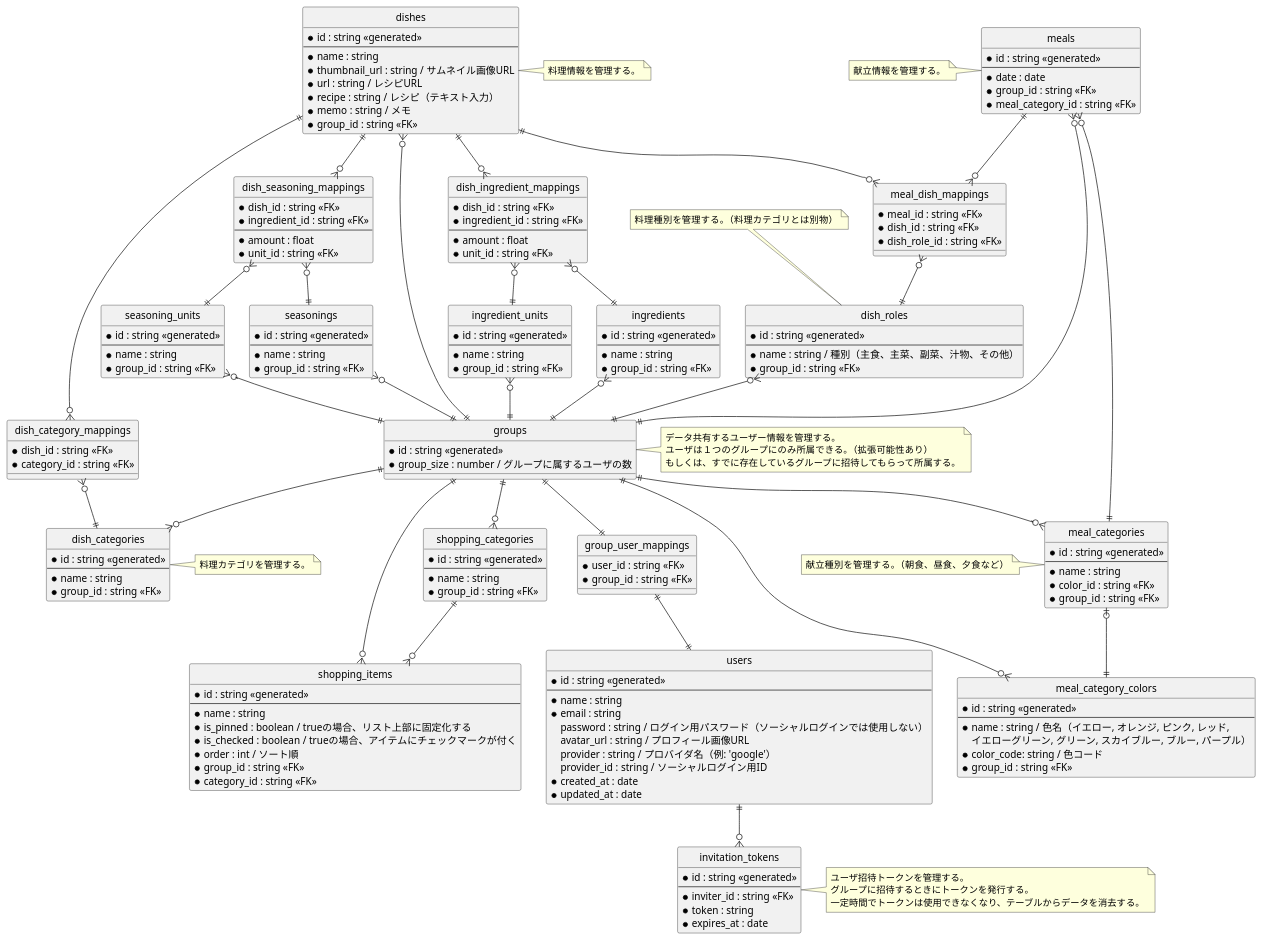
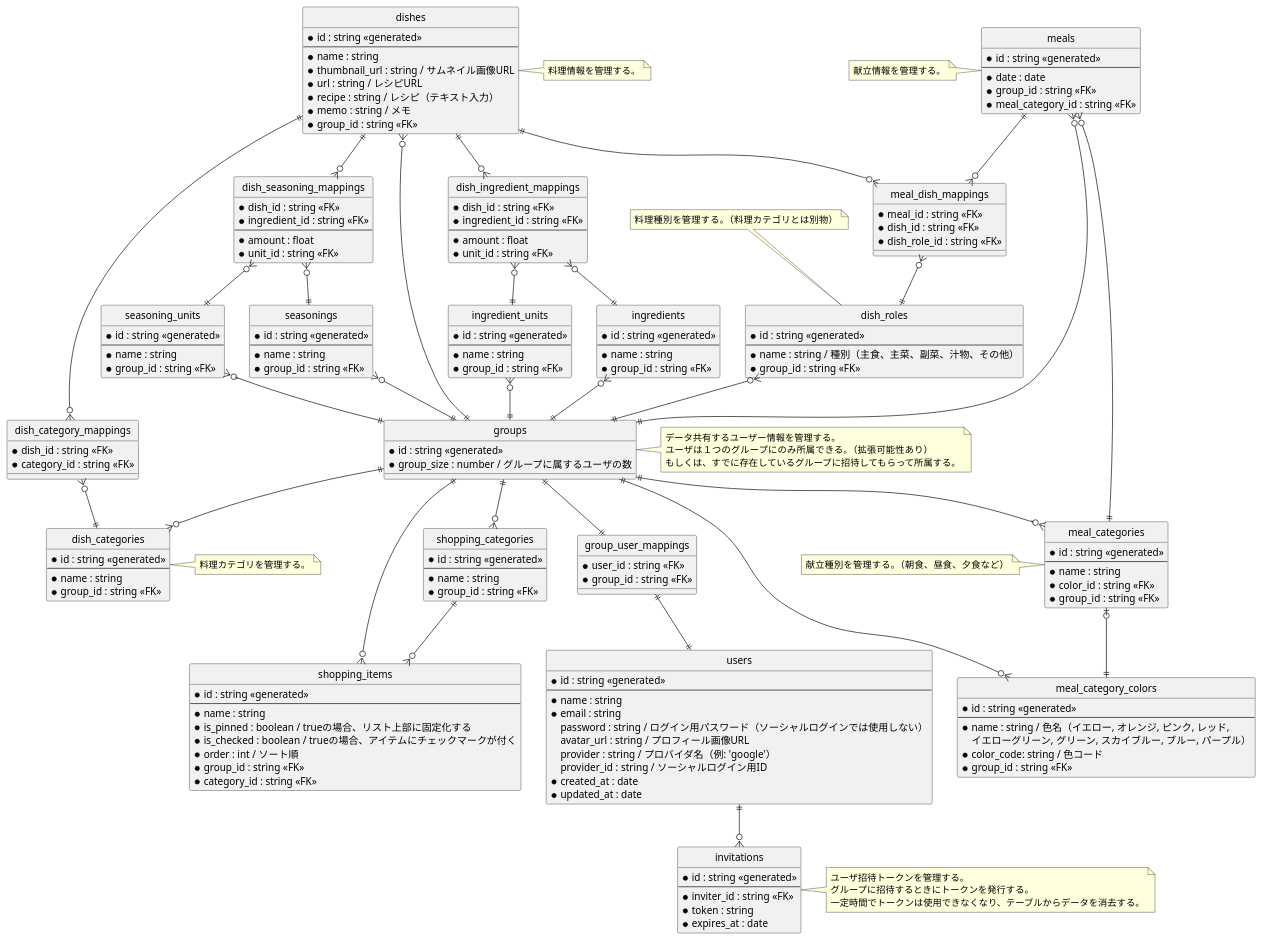
One commit to nanoha94/meap changed the diagram in server/docs/er.puml. Above: the diagram before and after it, drawn with PlantUML. The commit also changed 16 other files, not shown here.

```diff
--- a/server/docs/er.puml
+++ b/server/docs/er.puml
@@ -149,7 +149,7 @@
     * updated_at : date
 }
 
-entity invitation_tokens {
+entity invitations {
     * id : string <<generated>>
     --
     * inviter_id : string <<FK>>
@@ -159,7 +159,7 @@
 
 groups ||--|| group_user_mappings
 group_user_mappings ||--|| users
-users ||--o{ invitation_tokens
+users ||--o{ invitations
 
 groups ||--o{ shopping_items
 groups ||--o{ shopping_categories
@@ -220,7 +220,7 @@
   料理カテゴリを管理する。
 end note
 
-note right of invitation_tokens
+note right of invitations
   ユーザ招待トークンを管理する。
   グループに招待するときにトークンを発行する。
   一定時間でトークンは使用できなくなり、テーブルからデータを消去する。
```
